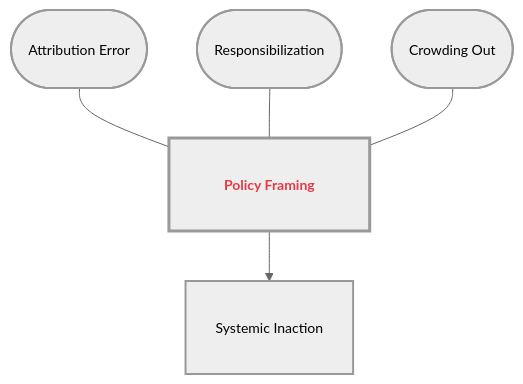
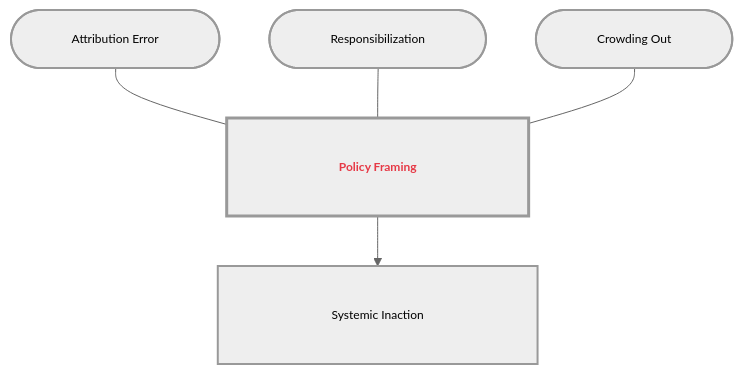
The sixth of 8 diagrams in Communication_Influence/Mastery_Guide_SOW_BS033.md (GM024/CourseSummaries), drawn with Mermaid before and after one commit. The commit also changed other lines of this file, not shown here.

Commit message:
GitHub-Hardened Overhaul: 10-space horizontal buffers and 40px global padding to fix text clipping

````diff
--- a/Communication_Influence/Mastery_Guide_SOW_BS033.md
+++ b/Communication_Influence/Mastery_Guide_SOW_BS033.md
@@ -204,14 +194,14 @@
 ```mermaid
-%%{init: { 'flowchart': { 'useMaxWidth': false, 'htmlLabels': true }, 'theme': 'neutral', 'themeVariables': { 'fontSize': '14px' }}}%%
+%%{init: { 'flowchart': { 'padding': 40, 'useMaxWidth': false, 'htmlLabels': true }, 'theme': 'neutral', 'themeVariables': { 'fontSize': '12px' }}}%%
 graph TD
-    classDef sandbox padding-left:20px,padding-right:20px,padding-top:10px,padding-bottom:10px,stroke-width:2px;
-    classDef hub padding-left:25px,padding-right:25px,padding-top:15px,padding-bottom:15px,stroke-width:3px,font-weight:bold;
+    classDef sandbox stroke-width:2px;
+    classDef hub stroke-width:3px,font-weight:bold;
 
-    Hub["<span style='color:#e63946'><b>Policy Framing</b></span>"]:::hub
+    Hub["&nbsp;&nbsp;&nbsp;&nbsp;&nbsp;&nbsp;&nbsp;&nbsp;&nbsp;&nbsp; <span style='color:#e63946'><b>Policy Framing</b></span> &nbsp;&nbsp;&nbsp;&nbsp;&nbsp;&nbsp;&nbsp;&nbsp;&nbsp;&nbsp;"]:::hub
     
-    S1(["Attribution Error"]):::sandbox --- Hub
-    S2(["Responsibilization"]):::sandbox --- Hub
-    S3(["Crowding Out"]):::sandbox --- Hub
+    S1(["&nbsp;&nbsp;&nbsp;&nbsp;&nbsp;&nbsp;&nbsp;&nbsp;&nbsp;&nbsp; Attribution Error &nbsp;&nbsp;&nbsp;&nbsp;&nbsp;&nbsp;&nbsp;&nbsp;&nbsp;&nbsp;"]):::sandbox --- Hub
+    S2(["&nbsp;&nbsp;&nbsp;&nbsp;&nbsp;&nbsp;&nbsp;&nbsp;&nbsp;&nbsp; Responsibilization &nbsp;&nbsp;&nbsp;&nbsp;&nbsp;&nbsp;&nbsp;&nbsp;&nbsp;&nbsp;"]):::sandbox --- Hub
+    S3(["&nbsp;&nbsp;&nbsp;&nbsp;&nbsp;&nbsp;&nbsp;&nbsp;&nbsp;&nbsp; Crowding Out &nbsp;&nbsp;&nbsp;&nbsp;&nbsp;&nbsp;&nbsp;&nbsp;&nbsp;&nbsp;"]):::sandbox --- Hub
     
-    Hub --> B1["Systemic Inaction"]:::sandbox
+    Hub --> B1["&nbsp;&nbsp;&nbsp;&nbsp;&nbsp;&nbsp;&nbsp;&nbsp;&nbsp;&nbsp; Systemic Inaction &nbsp;&nbsp;&nbsp;&nbsp;&nbsp;&nbsp;&nbsp;&nbsp;&nbsp;&nbsp;"]:::sandbox
 ```
````
